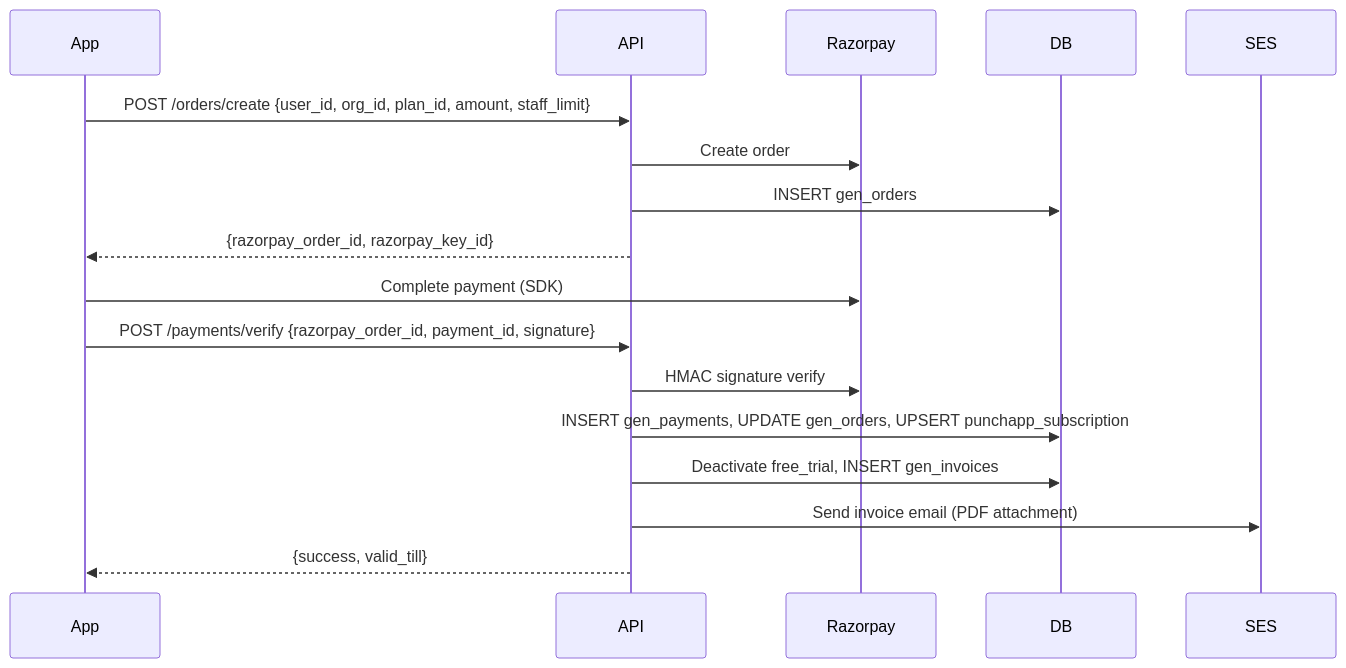
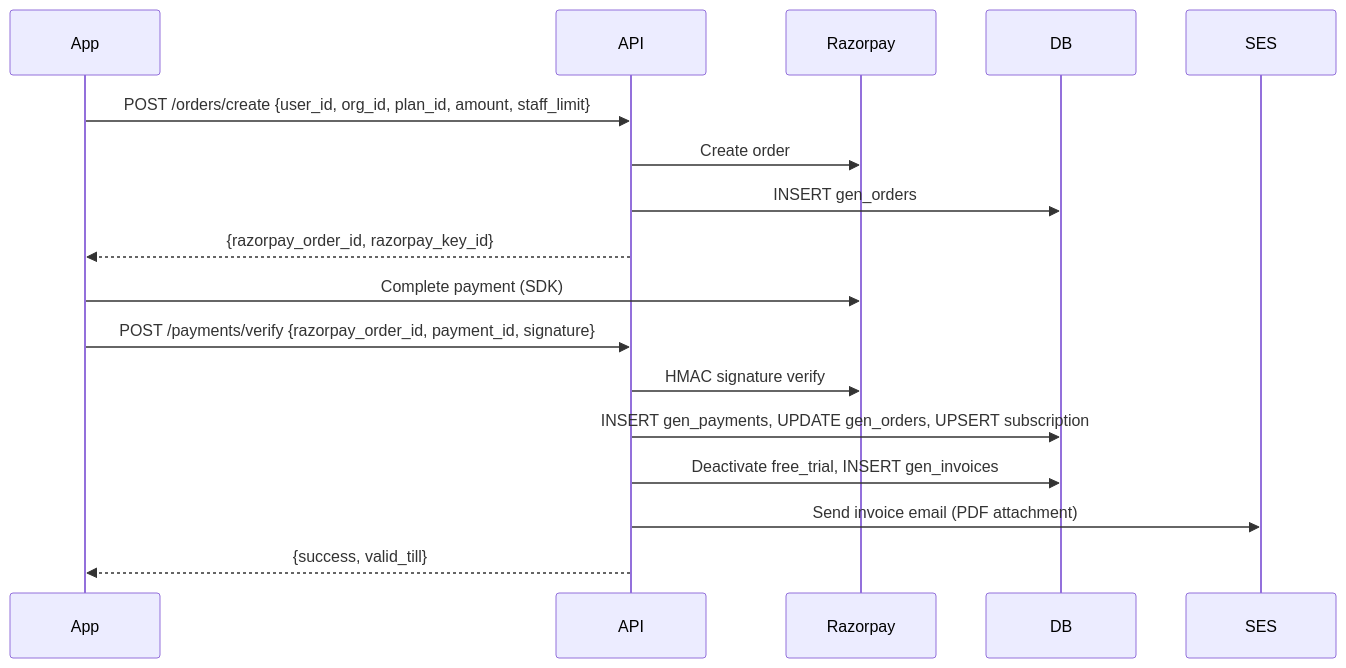
One commit to RagulSAP/clockyn_backend changed the fifth of 6 diagrams in README.md. Above: the diagram before and after it, drawn with Mermaid. The commit also changed other lines of this file and 49 other files, not shown here.

````diff
--- a/README.md
+++ b/README.md
@@ -310,20 +310,20 @@
 ```mermaid
 sequenceDiagram
     participant App
     participant API
     participant Razorpay
     participant DB
     participant SES
 
     App->>API: POST /orders/create {user_id, org_id, plan_id, amount, staff_limit}
     API->>Razorpay: Create order
     API->>DB: INSERT gen_orders
     API-->>App: {razorpay_order_id, razorpay_key_id}
     App->>Razorpay: Complete payment (SDK)
     App->>API: POST /payments/verify {razorpay_order_id, payment_id, signature}
     API->>Razorpay: HMAC signature verify
-    API->>DB: INSERT gen_payments, UPDATE gen_orders, UPSERT punchapp_subscription
+    API->>DB: INSERT gen_payments, UPDATE gen_orders, UPSERT subscription
     API->>DB: Deactivate free_trial, INSERT gen_invoices
     API->>SES: Send invoice email (PDF attachment)
     API-->>App: {success, valid_till}
 ```
````
